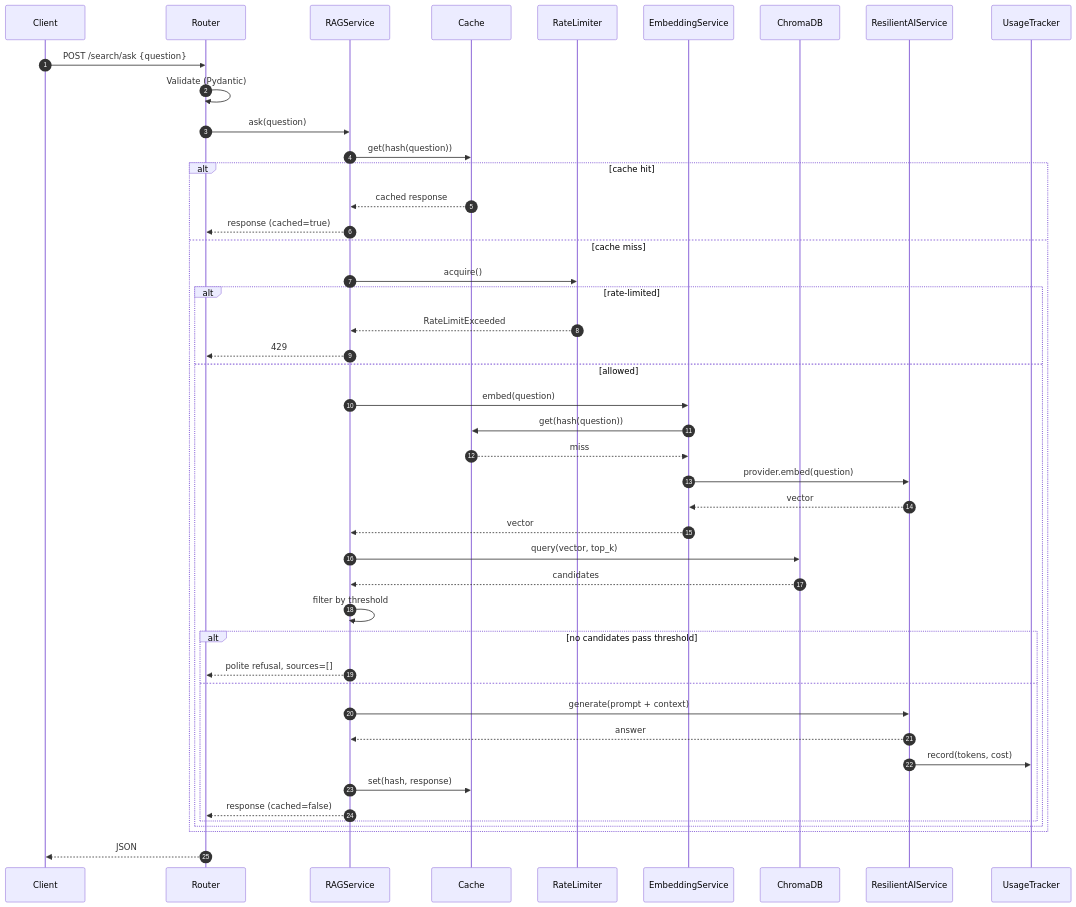
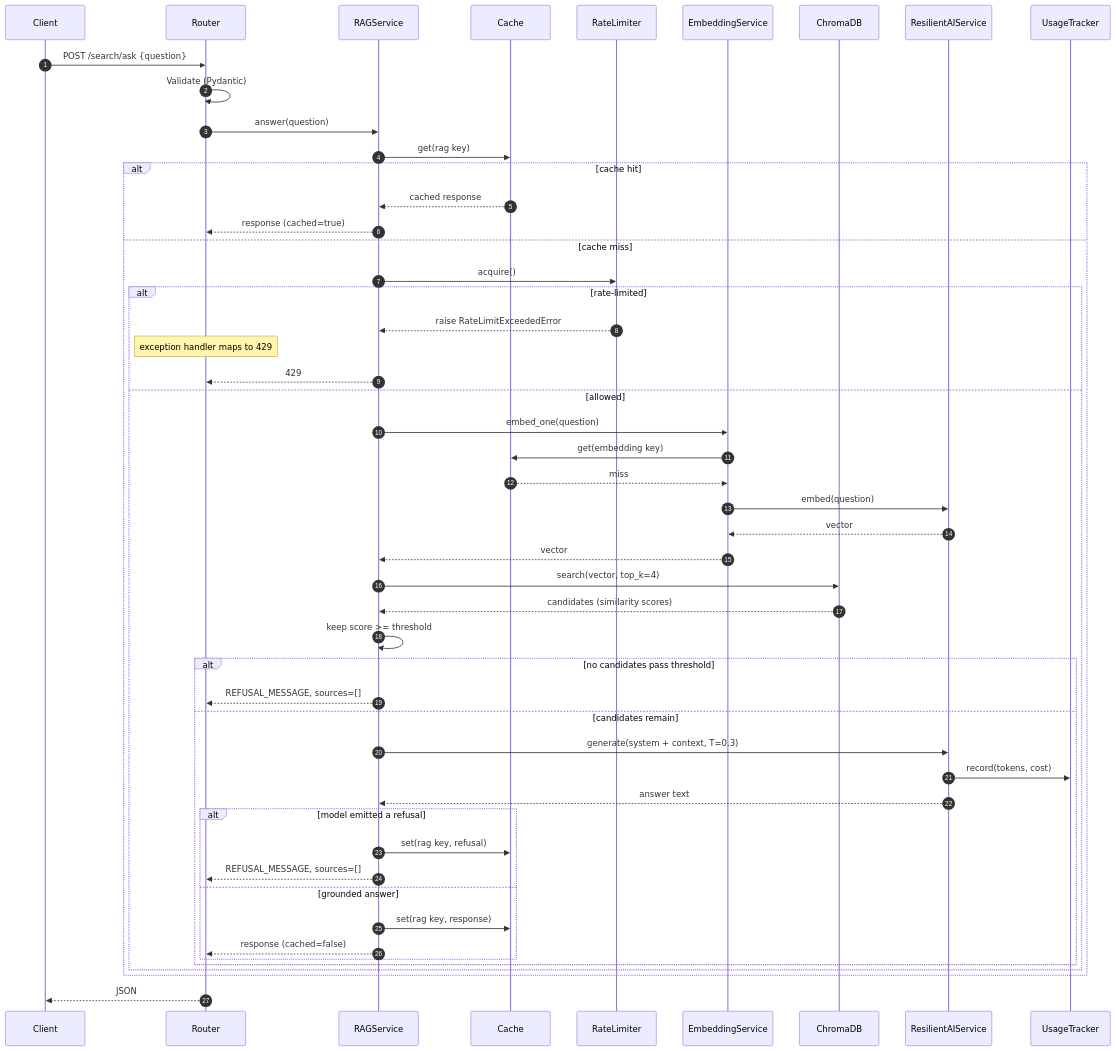
One commit to Calebgisa72/library-mind changed the second of 2 diagrams in docs/ARCHITECTURE.md. Above: the diagram before and after it, drawn with Mermaid. The commit also changed other lines of this file and 11 other files, not shown here.

````diff
--- a/docs/ARCHITECTURE.md
+++ b/docs/ARCHITECTURE.md
@@ -105,48 +119,54 @@
 ```mermaid
 sequenceDiagram
     autonumber
     participant C as Client
     participant R as Router
     participant Rag as RAGService
     participant Cache as Cache
     participant RL as RateLimiter
     participant Emb as EmbeddingService
     participant VS as ChromaDB
     participant AI as ResilientAIService
     participant UT as UsageTracker
 
     C->>R: POST /search/ask {question}
     R->>R: Validate (Pydantic)
-    R->>Rag: ask(question)
-    Rag->>Cache: get(hash(question))
+    R->>Rag: answer(question)
+    Rag->>Cache: get(rag key)
     alt cache hit
         Cache-->>Rag: cached response
         Rag-->>R: response (cached=true)
     else cache miss
         Rag->>RL: acquire()
         alt rate-limited
-            RL-->>Rag: RateLimitExceeded
+            RL-->>Rag: raise RateLimitExceededError
+            Note over R: exception handler maps to 429
             Rag-->>R: 429
         else allowed
-            Rag->>Emb: embed(question)
-            Emb->>Cache: get(hash(question))
+            Rag->>Emb: embed_one(question)
+            Emb->>Cache: get(embedding key)
             Cache-->>Emb: miss
-            Emb->>AI: provider.embed(question)
+            Emb->>AI: embed(question)
             AI-->>Emb: vector
             Emb-->>Rag: vector
-            Rag->>VS: query(vector, top_k)
-            VS-->>Rag: candidates
-            Rag->>Rag: filter by threshold
+            Rag->>VS: search(vector, top_k=4)
+            VS-->>Rag: candidates (similarity scores)
+            Rag->>Rag: keep score >= threshold
             alt no candidates pass threshold
-                Rag-->>R: polite refusal, sources=[]
-            else
-                Rag->>AI: generate(prompt + context)
-                AI-->>Rag: answer
+                Rag-->>R: REFUSAL_MESSAGE, sources=[]
+            else candidates remain
+                Rag->>AI: generate(system + context, T=0.3)
                 AI->>UT: record(tokens, cost)
-                Rag->>Cache: set(hash, response)
-                Rag-->>R: response (cached=false)
+                AI-->>Rag: answer text
+                alt model emitted a refusal
+                    Rag->>Cache: set(rag key, refusal)
+                    Rag-->>R: REFUSAL_MESSAGE, sources=[]
+                else grounded answer
+                    Rag->>Cache: set(rag key, response)
+                    Rag-->>R: response (cached=false)
+                end
             end
         end
     end
     R-->>C: JSON
 ```
````
